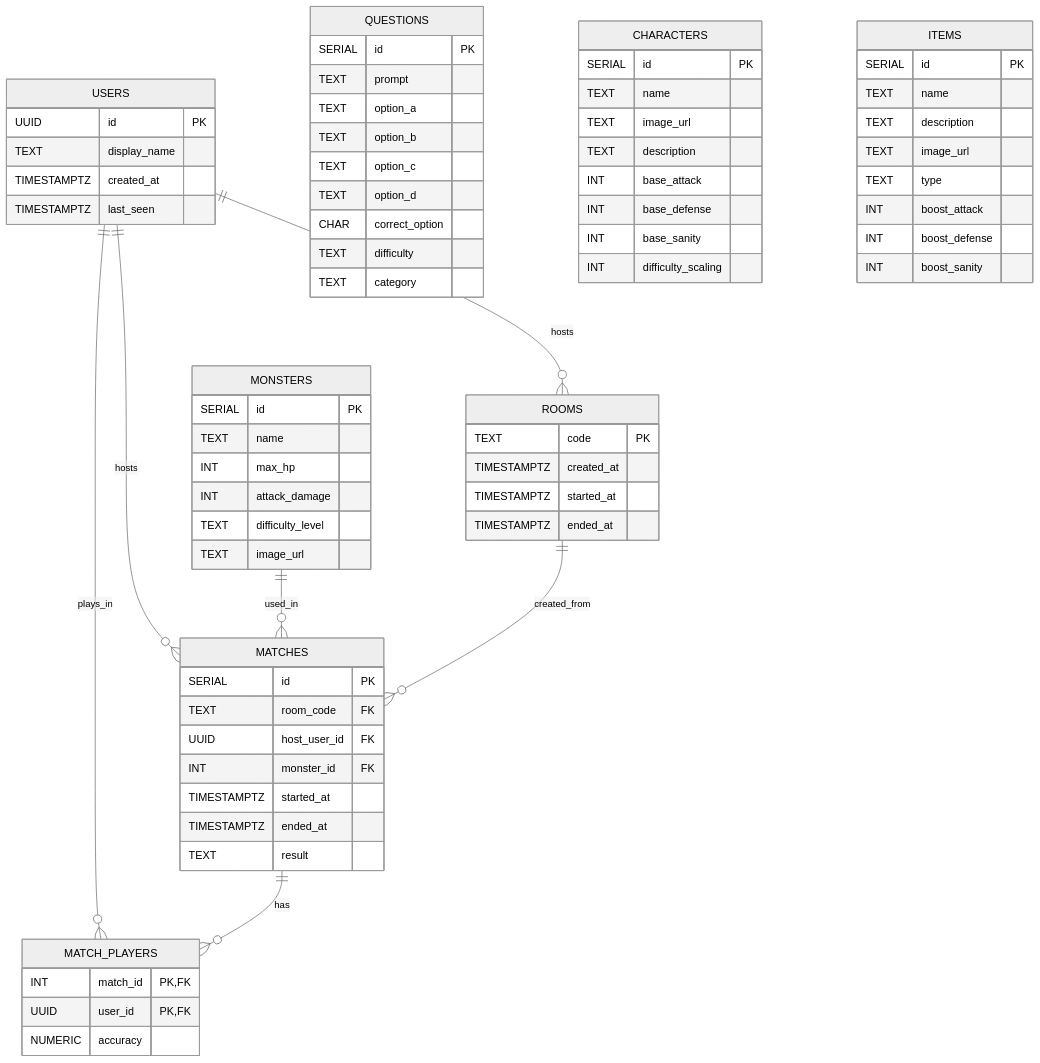
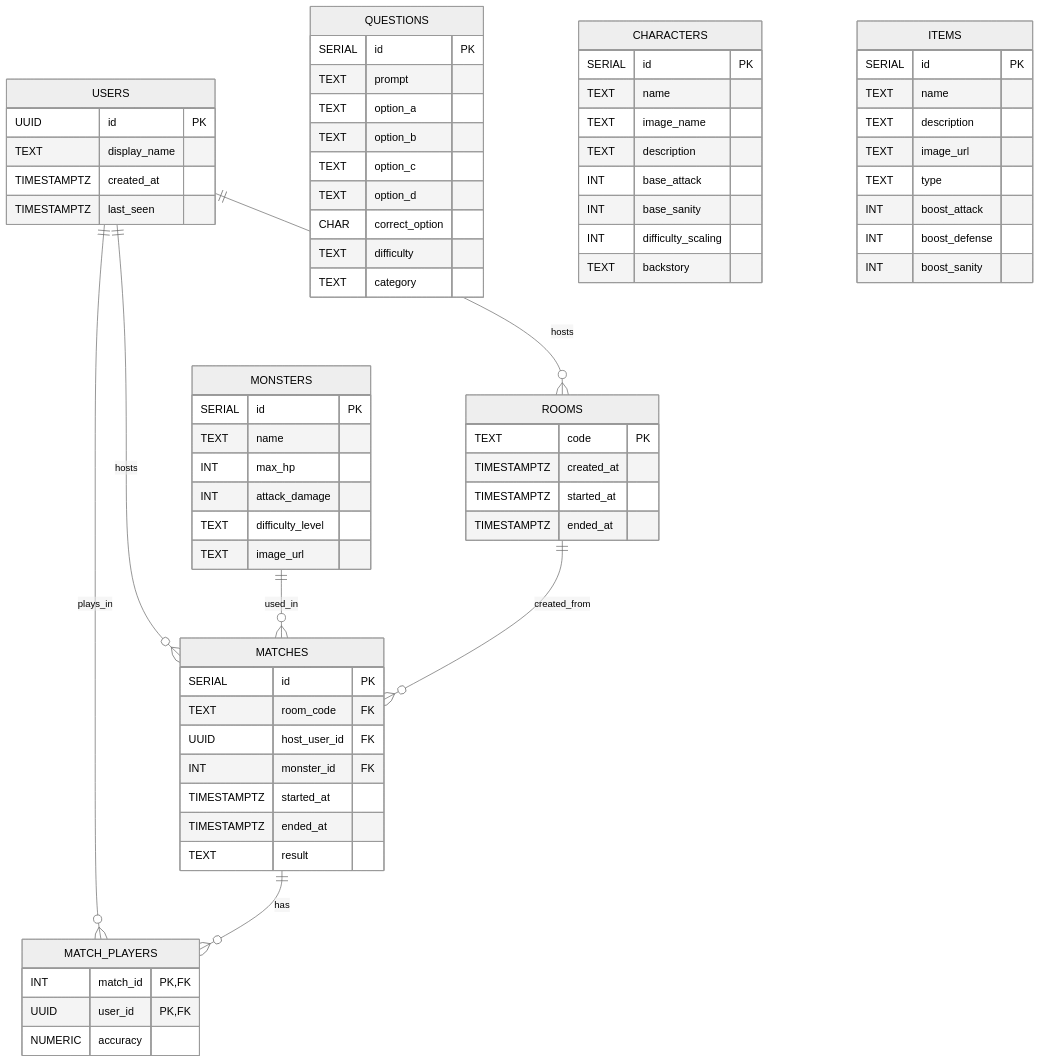
Before and after one commit to vertigo1919/eldritch-backend: the diagram in docs/planning/backend-draft.md, drawn with Mermaid (neutral theme).

Commit message:
Rename image_url to image_name and add backstory

```diff
--- a/docs/planning/backend-draft.md
+++ b/docs/planning/backend-draft.md
@@ -35,12 +35,12 @@
   CHARACTERS {
     SERIAL id PK
     TEXT name
-    TEXT image_url
+    TEXT image_name
     TEXT description
     INT base_attack
-    INT base_defense
     INT base_sanity
     INT difficulty_scaling
+    TEXT backstory
   }
 
   ROOMS {
```
